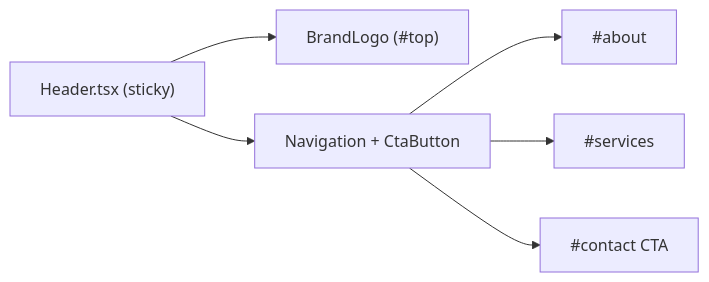
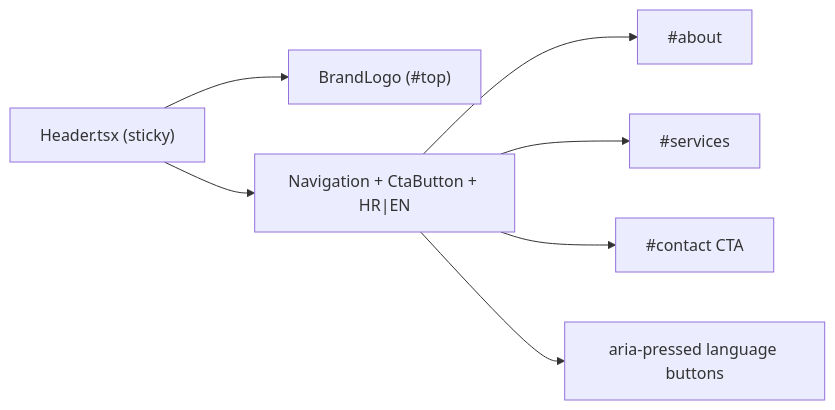
Before and after one commit to ipavic933-spec/website-pavic: the diagram in lode/ui/header-layout.md, drawn with Mermaid. The commit also changed other lines of this file and 23 other files, not shown here.

````diff
--- a/lode/ui/header-layout.md
+++ b/lode/ui/header-layout.md
@@ -11,8 +12,9 @@
 ```mermaid
 flowchart LR
   Header["Header.tsx (sticky)"] --> Left["BrandLogo (#top)"]
-  Header --> Right["Navigation + CtaButton"]
+  Header --> Right["Navigation + CtaButton + HR|EN"]
   Right --> About["#about"]
   Right --> Services["#services"]
   Right --> ContactAnchor["#contact CTA"]
+  Right --> Language["aria-pressed language buttons"]
 ```
````
